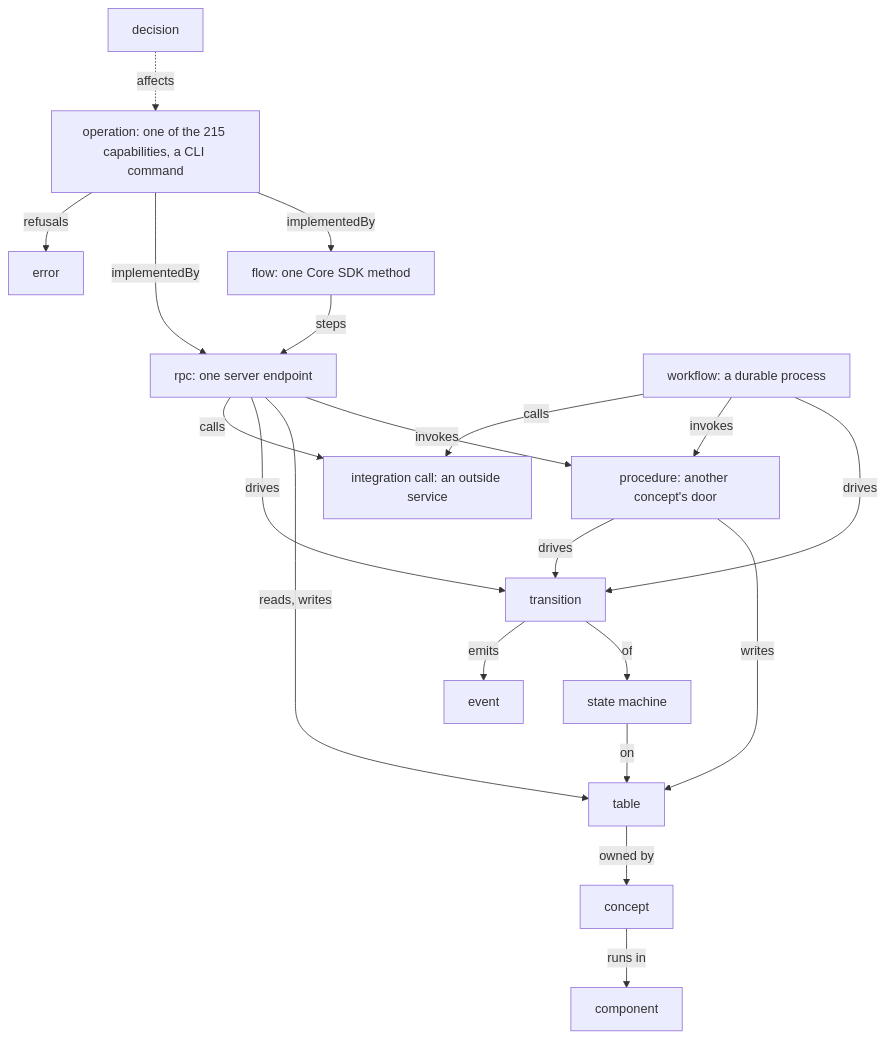
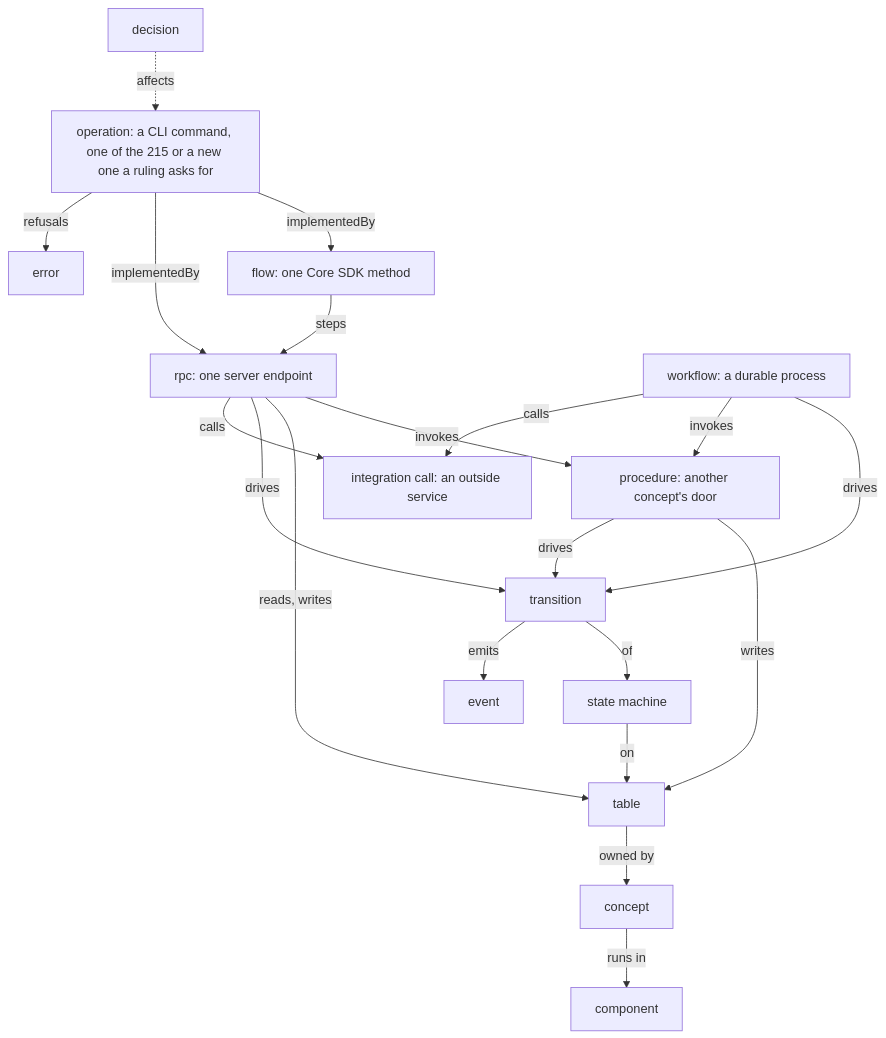
Before and after one commit to AaronAbuUsama/capxul-next: the first of 2 diagrams in docs/design-book.md, drawn with Mermaid. The commit also changed other lines of this file and 7 other files, not shown here.

````diff
--- a/docs/design-book.md
+++ b/docs/design-book.md
@@ -124,22 +140,22 @@
 ```mermaid
 flowchart TD
-  OP["operation: one of the 215 capabilities, a CLI command"] -->|implementedBy| FLOW["flow: one Core SDK method"]
+  OP["operation: a CLI command, one of the 215 or a new one a ruling asks for"] -->|implementedBy| FLOW["flow: one Core SDK method"]
   OP -->|implementedBy| RPC
   OP -->|refusals| ERR[error]
   FLOW -->|steps| RPC["rpc: one server endpoint"]
   WF["workflow: a durable process"] -->|drives| TRN
   WF -->|invokes| PROC
   WF -->|calls| CALL
   RPC -->|invokes| PROC["procedure: another concept's door"]
   RPC -->|reads, writes| TABLE[table]
   RPC -->|drives| TRN[transition]
   RPC -->|calls| CALL["integration call: an outside service"]
   PROC -->|writes| TABLE
   PROC -->|drives| TRN
   TRN -->|of| MACH["state machine"]
   MACH -->|on| TABLE
   TRN -->|emits| EVT[event]
   TABLE -->|owned by| CON[concept]
   CON -->|runs in| COMP[component]
   DEC[decision] -.->|affects| OP
 ```
````
